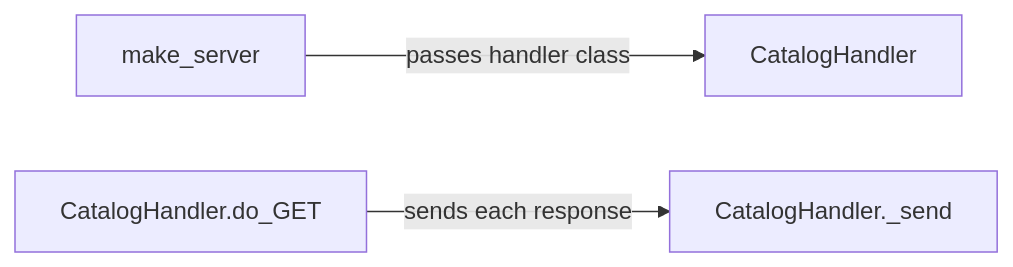
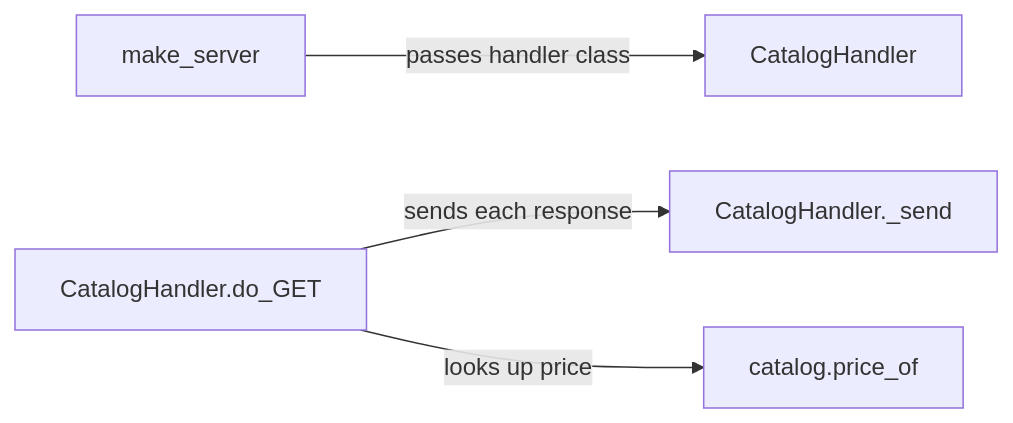
One commit to vishalc412/bible-mode-b-test changed the diagram in codebase-analysis/lld/catalog/service.md. Above: the diagram before and after it, drawn with Mermaid. The commit also changed 8 other files, not shown here.

````diff
--- a/codebase-analysis/lld/catalog/service.md
+++ b/codebase-analysis/lld/catalog/service.md
@@ -43,9 +43,11 @@
 ```mermaid
 flowchart LR
   make_server["make_server"]
   handler["CatalogHandler"]
   doget["CatalogHandler.do_GET"]
+  priceof["catalog.price_of"]
   send["CatalogHandler._send"]
   make_server -->|"passes handler class"| handler
   doget -->|"sends each response"| send
+  doget -->|"looks up price"| priceof
 ```
````
